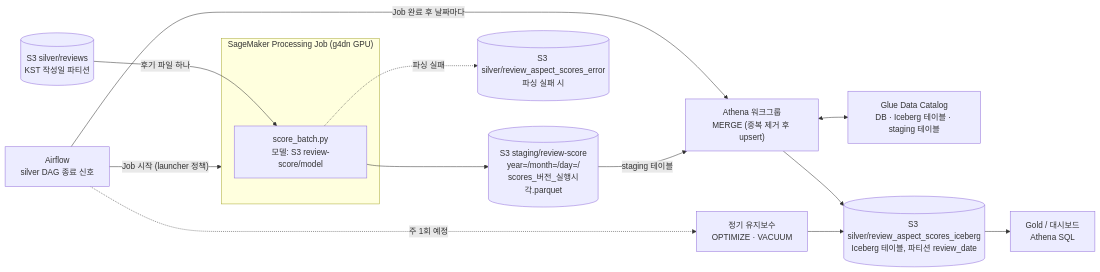
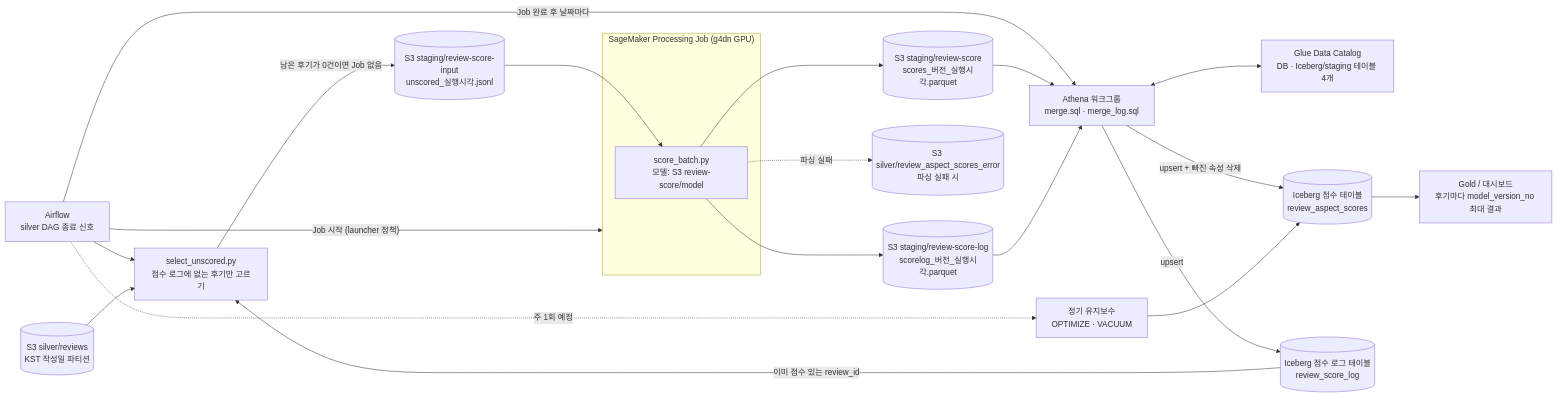
One commit to josiah113366-sketch/clothes-query changed the diagram in infra/stacks/athena-review-score/README.md. Above: the diagram before and after it, drawn with Mermaid. The commit also changed other lines of this file and 23 other files, not shown here.

Commit message:
- infra(sagemaker-review-score): 모델 번호·점수 로그·미점수 입력 prefix 추가, Job 권한 조정 - infra(athena-review-score): 점수 로그 Iceberg 테이블과 staging 추가, MERGE에 빠진 속성 삭제와 model_version_no 반영 - review-model(score-batch): 모델 번호(x.y)·점수 로그 출력, 미점수 후기만 고르는 select_unscored 추가

````diff
--- a/infra/stacks/athena-review-score/README.md
+++ b/infra/stacks/athena-review-score/README.md
@@ -14,27 +14,38 @@
 ```mermaid
 flowchart LR
   AF["Airflow<br/>silver DAG 종료 신호"]
   SV[("S3 silver/reviews<br/>KST 작성일 파티션")]
+  SEL["select_unscored.py<br/>점수 로그에 없는 후기만 고르기"]
+  UN[("S3 staging/review-score-input<br/>unscored_실행시각.jsonl")]
   subgraph SM["SageMaker Processing Job (g4dn GPU)"]
     SB["score_batch.py<br/>모델: S3 review-score/model"]
   end
-  ST[("S3 staging/review-score<br/>year=/month=/day=/<br/>scores_버전_실행시각.parquet")]
+  ST[("S3 staging/review-score<br/>scores_버전_실행시각.parquet")]
+  SLG[("S3 staging/review-score-log<br/>scorelog_버전_실행시각.parquet")]
   ER[("S3 silver/review_aspect_scores_error<br/>파싱 실패 시")]
-  AT["Athena 워크그룹<br/>MERGE (중복 제거 후 upsert)"]
-  GL["Glue Data Catalog<br/>DB · Iceberg 테이블 · staging 테이블"]
-  IC[("S3 silver/review_aspect_scores_iceberg<br/>Iceberg 테이블, 파티션 review_date")]
-  GD["Gold / 대시보드<br/>Athena SQL"]
+  AT["Athena 워크그룹<br/>merge.sql · merge_log.sql"]
+  GL["Glue Data Catalog<br/>DB · Iceberg/staging 테이블 4개"]
+  IC[("Iceberg 점수 테이블<br/>review_aspect_scores")]
+  LG[("Iceberg 점수 로그 테이블<br/>review_score_log")]
+  GD["Gold / 대시보드<br/>후기마다 model_version_no 최대 결과"]
   MT["정기 유지보수<br/>OPTIMIZE · VACUUM"]
 
+  AF --> SEL
+  SV --> SEL
+  LG -->|"이미 점수 있는 review_id"| SEL
+  SEL -->|"남은 후기가 0건이면 Job 없음"| UN
+  UN --> SB
   AF -->|"Job 시작 (launcher 정책)"| SM
-  SV -->|"후기 파일 하나"| SB
   SB --> ST
+  SB --> SLG
   SB -.->|"파싱 실패"| ER
   AF -->|"Job 완료 후 날짜마다"| AT
-  ST -->|"staging 테이블"| AT
+  ST --> AT
+  SLG --> AT
   AT <--> GL
-  AT --> IC
+  AT -->|"upsert + 빠진 속성 삭제"| IC
+  AT -->|"upsert"| LG
   IC --> GD
   AF -.->|"주 1회 예정"| MT
   MT --> IC
 ```
````
